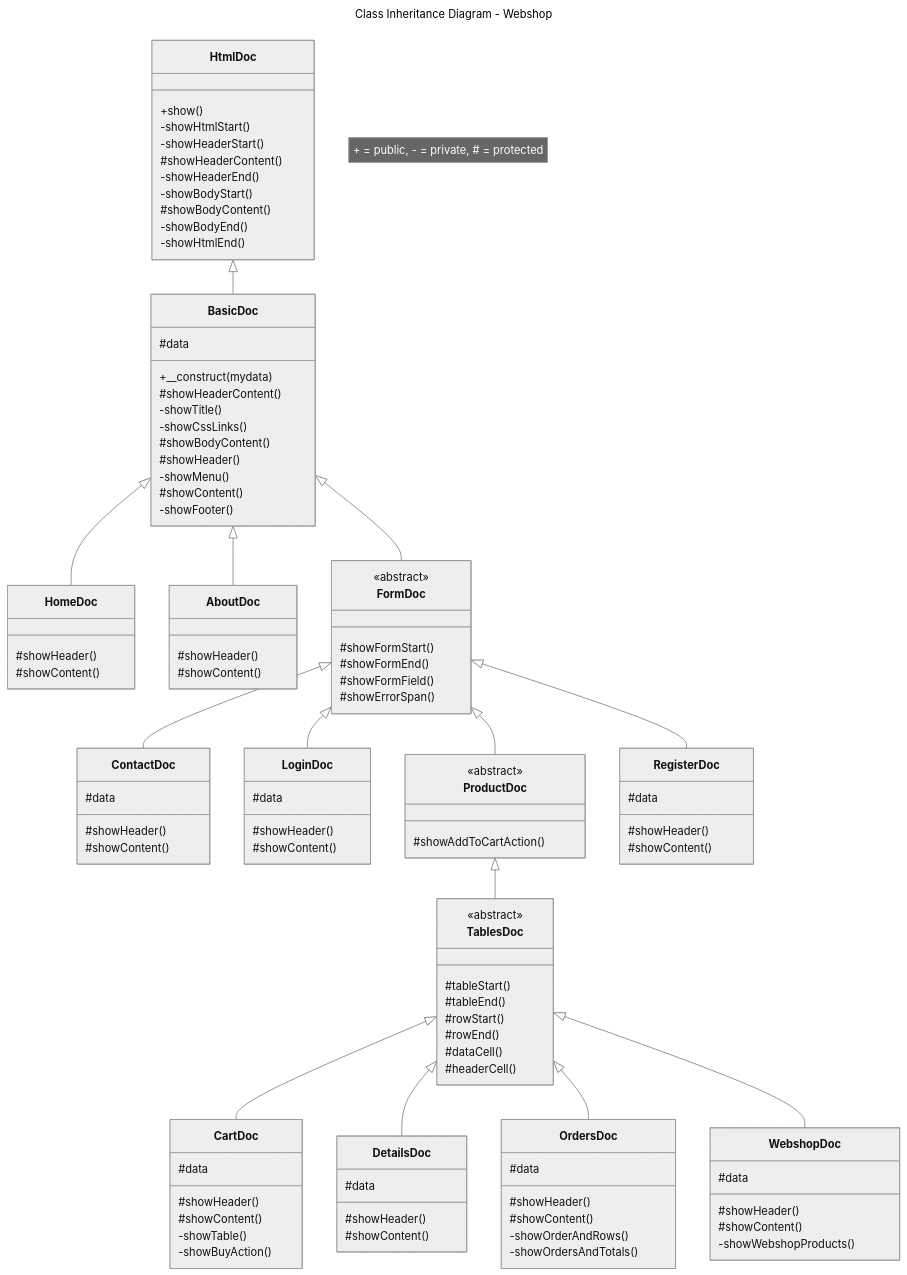
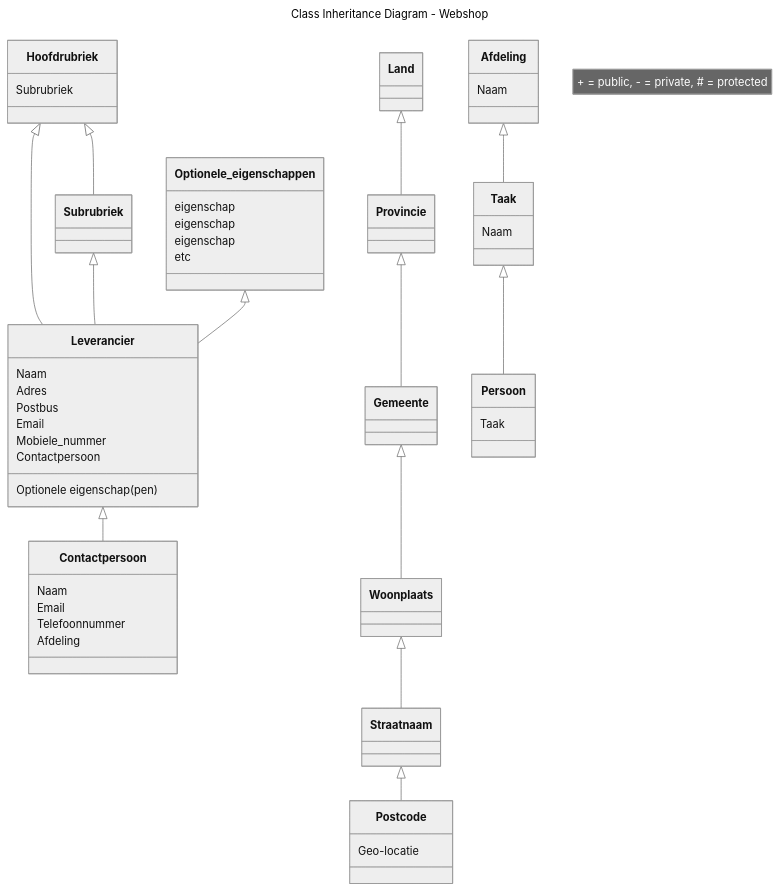
Before and after one commit to JeroenHeemskerk/educom-data-science-1699371672: the diagram in relational-data-storage/opdracht-1/class-inheritance-diagram-webshop.md, drawn with Mermaid (neutral theme).

Commit message:
Ruwe verwerking data uit opdracht

````diff
--- a/relational-data-storage/opdracht-1/class-inheritance-diagram-webshop.md
+++ b/relational-data-storage/opdracht-1/class-inheritance-diagram-webshop.md
@@ -6,114 +6,82 @@
     note "+ = public, - = private, # = protected"
     %% A <|-- B means that class B inherits from class A %%
 
-    HtmlDoc <|-- BasicDoc
+    Hoofdrubriek <|-- Subrubriek
+    Hoofdrubriek <|-- Leverancier
+    Subrubriek <|-- Leverancier
+    Optionele_eigenschappen <|-- Leverancier
+    Leverancier <|-- Contactpersoon
 
-    BasicDoc <|-- HomeDoc
-    BasicDoc <|-- AboutDoc
-    BasicDoc <|-- FormDoc
+    Land <|-- Provincie
+    Provincie <|-- Gemeente
+    Gemeente <|-- Woonplaats
+    Woonplaats <|-- Straatnaam
+    Straatnaam <|-- Postcode
 
-    FormDoc <|-- ContactDoc
-    FormDoc <|-- LoginDoc
-    FormDoc <|-- ProductDoc
-    FormDoc <|-- RegisterDoc
+    Taak <|-- Persoon
+    Afdeling <|-- Taak
+        
 
-    ProductDoc <|-- TablesDoc
+    class Hoofdrubriek {
+        Subrubriek
+    }
 
-    TablesDoc <|-- CartDoc
-    TablesDoc <|-- DetailsDoc
-    TablesDoc <|-- OrdersDoc
-    TablesDoc <|-- WebshopDoc
-    
-    class HtmlDoc{
-       +show()
-       -showHtmlStart()
-       -showHeaderStart()
-       #showHeaderContent()
-       -showHeaderEnd()
-       -showBodyStart()
-       #showBodyContent()
-       -showBodyEnd()
-       -showHtmlEnd()
+    class Subrubriek {
     }
-    class BasicDoc{
-        #data 
-        +__construct(mydata)
-        #showHeaderContent()
-        -showTitle()
-        -showCssLinks()
-        #showBodyContent()
-        #showHeader()
-        -showMenu()
-        #showContent()
-        -showFooter()
+
+    class Optionele_eigenschappen{
+        eigenschap
+        eigenschap
+        eigenschap
+        etc
     }
-    class HomeDoc{
-        #showHeader()
-        #showContent()
+
+    class Leverancier{
+        Naam
+        Adres
+        Postbus
+        Email
+        Mobiele_nummer
+        Contactpersoon
+        Optionele eigenschap(pen)
     }
-    class AboutDoc{
-        #showHeader()
-        #showContent()
+
+    class Contactpersoon{
+        Naam
+        Email
+        Telefoonnummer
+        Afdeling
     }
-    class FormDoc{
-        <<abstract>>
-        #showFormStart()
-        #showFormEnd()
-        #showFormField()
-        #showErrorSpan()
+
+    class Postcode{
+        Geo-locatie
     }
-    class ProductDoc{
-        <<abstract>>
-        #showAddToCartAction()
+
+    class Straatnaam{
     }
-    class TablesDoc{
-        <<abstract>>
-        #tableStart()
-        #tableEnd()
-        #rowStart()
-        #rowEnd()
-        #dataCell()
-        #headerCell()
+
+    class Woonplaats{
     }
-    class ContactDoc{
-        #data
-        #showHeader()
-        #showContent()
+
+    class Gemeente{
     }
-    class LoginDoc{
-        #data
-        #showHeader()
-        #showContent()
+
+    class Provincie{
     }
-    class RegisterDoc{
-        #data
-        #showHeader()
-        #showContent()
+
+    class Land{
     }
-    class CartDoc{
-        #data
-        #showHeader()
-        #showContent()
-        -showTable()
-        -showBuyAction()
+
+    class Persoon{
+        Taak
     }
-    class OrdersDoc{
-        #data
-        #showHeader()
-        #showContent()
-        -showOrderAndRows()
-        -showOrdersAndTotals()
+
+    class Taak{
+        Naam
     }
-    class DetailsDoc{
-        #data
-        #showHeader()
-        #showContent()
-    }
-    class WebshopDoc{
-        #data
-        #showHeader()
-        #showContent()
-        -showWebshopProducts()
+
+    class Afdeling{
+        Naam
     }
 
 ```
````
